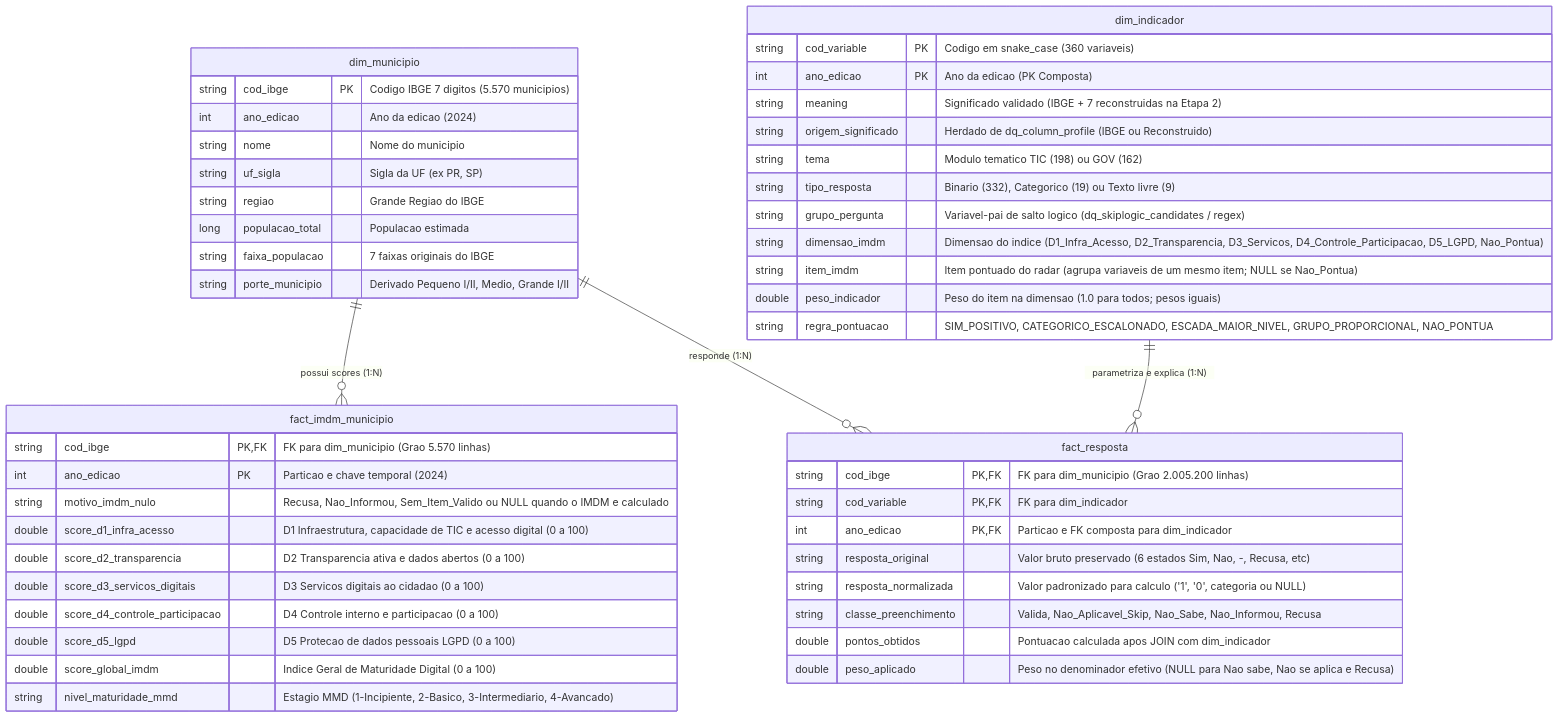
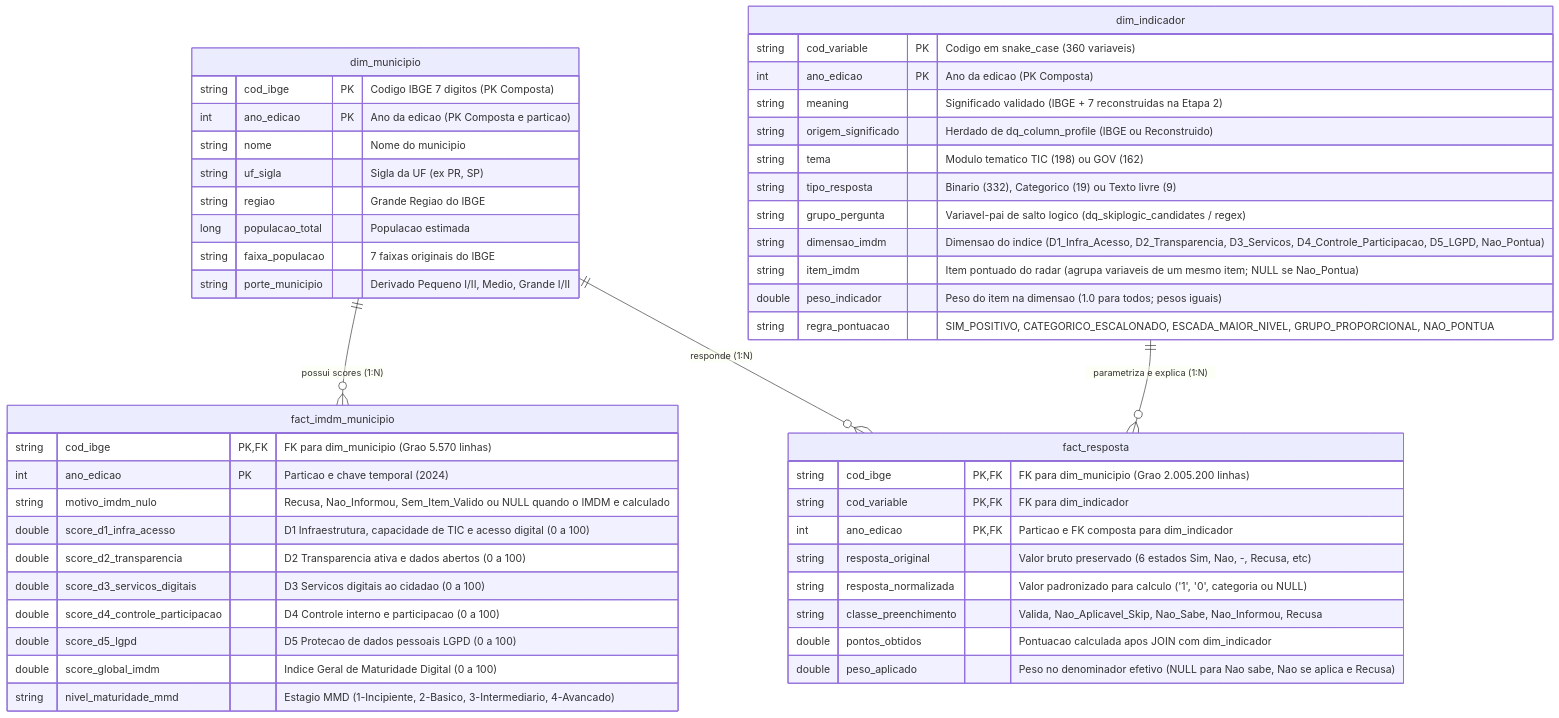
One commit to MateusPanunci/governanca-munic-databricks changed the diagram in docs/gold_dimensional_model.md. Above: the diagram before and after it, drawn with Mermaid. The commit also changed other lines of this file, not shown here.

````diff
--- a/docs/gold_dimensional_model.md
+++ b/docs/gold_dimensional_model.md
@@ -66,55 +66,55 @@
 ```mermaid
 erDiagram
     dim_municipio ||--o{ fact_imdm_municipio : "possui scores (1:N)"
     dim_municipio ||--o{ fact_resposta : "responde (1:N)"
     dim_indicador ||--o{ fact_resposta : "parametriza e explica (1:N)"
 
     dim_municipio {
-        string cod_ibge PK "Codigo IBGE 7 digitos (5.570 municipios)"
-        int ano_edicao "Ano da edicao (2024)"
+        string cod_ibge PK "Codigo IBGE 7 digitos (PK Composta)"
+        int ano_edicao PK "Ano da edicao (PK Composta e particao)"
         string nome "Nome do municipio"
         string uf_sigla "Sigla da UF (ex PR, SP)"
         string regiao "Grande Regiao do IBGE"
         long populacao_total "Populacao estimada"
         string faixa_populacao "7 faixas originais do IBGE"
         string porte_municipio "Derivado Pequeno I/II, Medio, Grande I/II"
     }
 
     dim_indicador {
         string cod_variable PK "Codigo em snake_case (360 variaveis)"
         int ano_edicao PK "Ano da edicao (PK Composta)"
         string meaning "Significado validado (IBGE + 7 reconstruidas na Etapa 2)"
         string origem_significado "Herdado de dq_column_profile (IBGE ou Reconstruido)"
         string tema "Modulo tematico TIC (198) ou GOV (162)"
         string tipo_resposta "Binario (332), Categorico (19) ou Texto livre (9)"
         string grupo_pergunta "Variavel-pai de salto logico (dq_skiplogic_candidates / regex)"
         string dimensao_imdm "Dimensao do indice (D1_Infra_Acesso, D2_Transparencia, D3_Servicos, D4_Controle_Participacao, D5_LGPD, Nao_Pontua)"
         string item_imdm "Item pontuado do radar (agrupa variaveis de um mesmo item; NULL se Nao_Pontua)"
         double peso_indicador "Peso do item na dimensao (1.0 para todos; pesos iguais)"
         string regra_pontuacao "SIM_POSITIVO, CATEGORICO_ESCALONADO, ESCADA_MAIOR_NIVEL, GRUPO_PROPORCIONAL, NAO_PONTUA"
     }
 
     fact_imdm_municipio {
         string cod_ibge PK,FK "FK para dim_municipio (Grao 5.570 linhas)"
         int ano_edicao PK "Particao e chave temporal (2024)"
         string motivo_imdm_nulo "Recusa, Nao_Informou, Sem_Item_Valido ou NULL quando o IMDM e calculado"
         double score_d1_infra_acesso "D1 Infraestrutura, capacidade de TIC e acesso digital (0 a 100)"
         double score_d2_transparencia "D2 Transparencia ativa e dados abertos (0 a 100)"
         double score_d3_servicos_digitais "D3 Servicos digitais ao cidadao (0 a 100)"
         double score_d4_controle_participacao "D4 Controle interno e participacao (0 a 100)"
         double score_d5_lgpd "D5 Protecao de dados pessoais LGPD (0 a 100)"
         double score_global_imdm "Indice Geral de Maturidade Digital (0 a 100)"
         string nivel_maturidade_mmd "Estagio MMD (1-Incipiente, 2-Basico, 3-Intermediario, 4-Avancado)"
     }
 
     fact_resposta {
         string cod_ibge PK,FK "FK para dim_municipio (Grao 2.005.200 linhas)"
         string cod_variable PK,FK "FK para dim_indicador"
         int ano_edicao PK,FK "Particao e FK composta para dim_indicador"
         string resposta_original "Valor bruto preservado (6 estados Sim, Nao, -, Recusa, etc)"
         string resposta_normalizada "Valor padronizado para calculo ('1', '0', categoria ou NULL)"
         string classe_preenchimento "Valida, Nao_Aplicavel_Skip, Nao_Sabe, Nao_Informou, Recusa"
         double pontos_obtidos "Pontuacao calculada apos JOIN com dim_indicador"
         double peso_aplicado "Peso no denominador efetivo (NULL para Nao sabe, Nao se aplica e Recusa)"
     }
 ```
````
